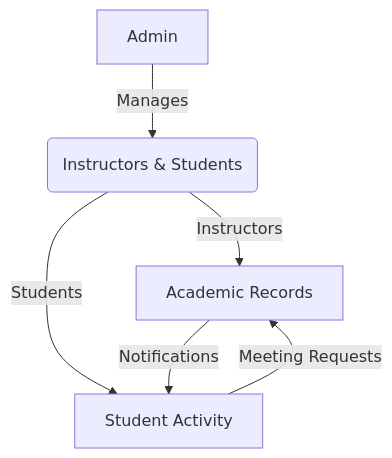
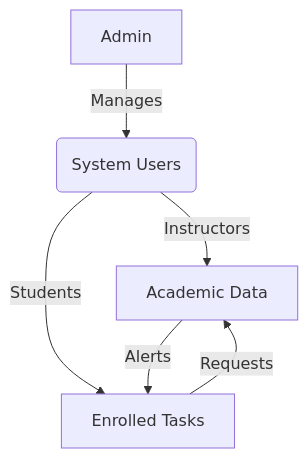
The diagram in README.md (Toqa-Ashraf8/EduFlow-System), drawn with Mermaid before and after one commit.

````diff
--- a/README.md
+++ b/README.md
@@ -30,8 +30,8 @@
 ```mermaid
 graph TD
-A[Admin] -->|Manages| B(Instructors & Students)
-B -->|Instructors| C[Academic Records]
-B -->|Students| D[Student Activity]
-C -->|Notifications| D
-D -->|Meeting Requests| C
+A[Admin] -->|Manages| B(System Users)
+B -->|Instructors| C[Academic Data]
+B -->|Students| D[Enrolled Tasks]
+C -->|Alerts| D
+D -->|Requests| C
 ```
````
